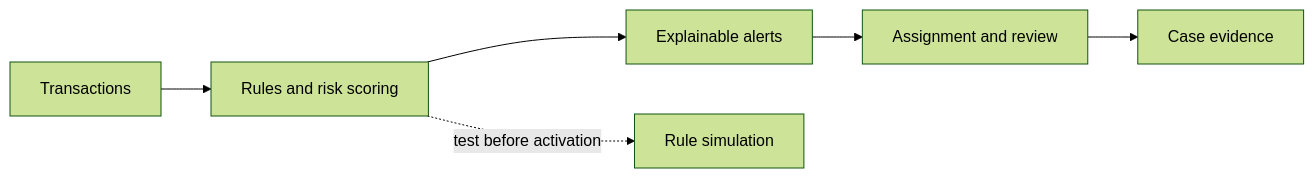
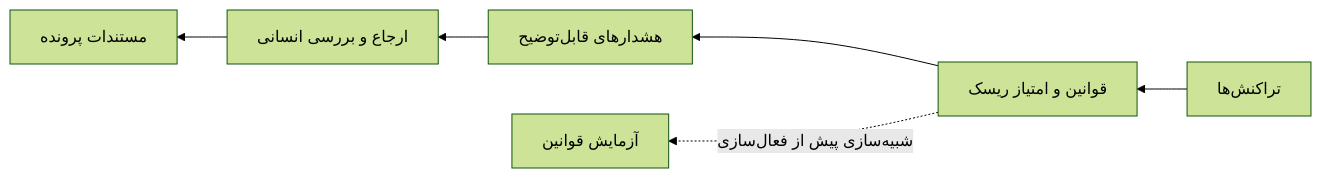
One commit to massoudsh/Didebaan changed the diagram in README.md. Above: the diagram before and after it, drawn with Mermaid (forest theme). The commit also changed other lines of this file, not shown here.

````diff
--- a/README.md
+++ b/README.md
@@ -7,8 +11,8 @@
 ```mermaid
-flowchart LR
-    T[Transactions] --> R[Rules and risk scoring]
-    R --> A[Explainable alerts]
-    A --> C[Assignment and review]
-    C --> E[Case evidence]
-    R -. test before activation .-> S[Rule simulation]
+flowchart RL
+    T[تراکنش‌ها] --> R[قوانین و امتیاز ریسک]
+    R --> A[هشدارهای قابل‌توضیح]
+    A --> C[ارجاع و بررسی انسانی]
+    C --> E[مستندات پرونده]
+    R -. شبیه‌سازی پیش از فعال‌سازی .-> S[آزمایش قوانین]
 ```
````
